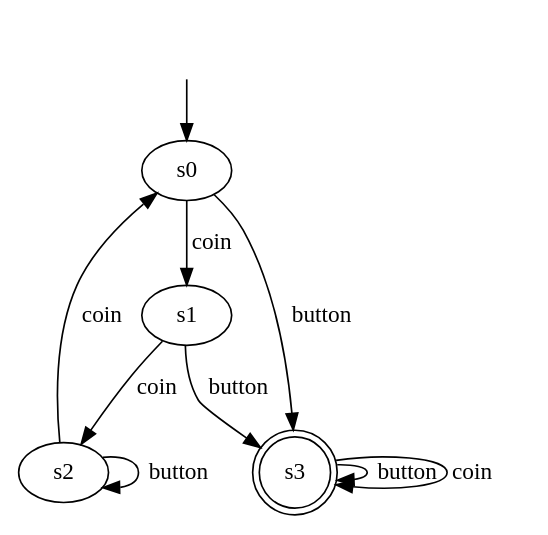
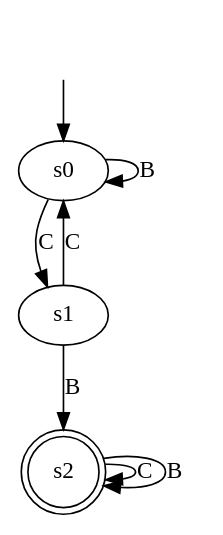
Before and after one commit to tomyaacov/lstar_dont_care: the diagram in output/coffee_dfa_b.dot, drawn with Graphviz. The commit also changed 52 other files, not shown here.

```diff
--- a/output/coffee_dfa_b.dot
+++ b/output/coffee_dfa_b.dot
@@ -1,16 +1,13 @@
 digraph "output/coffee_dfa_b" {
 s0 [label=s0];
 s1 [label=s1];
-s2 [label=s2];
-s3 [label=s3, shape=doublecircle];
-s0 -> s1  [label=coin];
-s0 -> s3  [label=button];
-s1 -> s2  [label=coin];
-s1 -> s3  [label=button];
-s2 -> s2  [label=button];
-s2 -> s0  [label=coin];
-s3 -> s3  [label=button];
-s3 -> s3  [label=coin];
+s2 [label=s2, shape=doublecircle];
+s0 -> s1  [label=C];
+s0 -> s0  [label=B];
+s1 -> s0  [label=C];
+s1 -> s2  [label=B];
+s2 -> s2  [label=C];
+s2 -> s2  [label=B];
 __start0 [label="", shape=none];
 __start0 -> s0  [label=""];
 }
```
